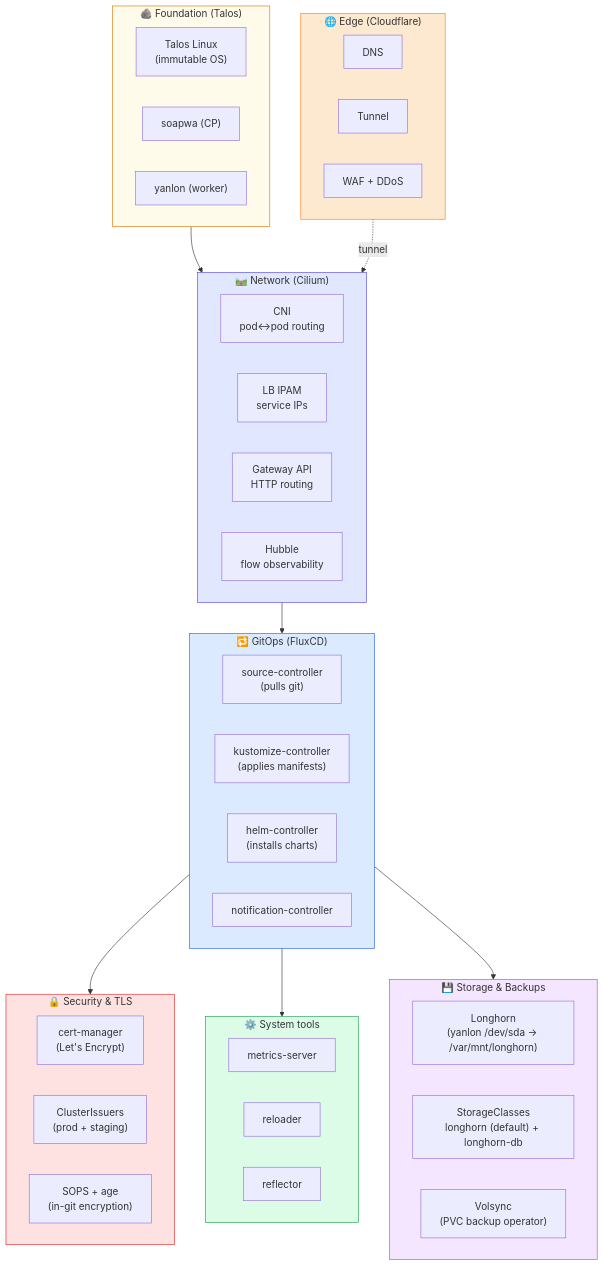
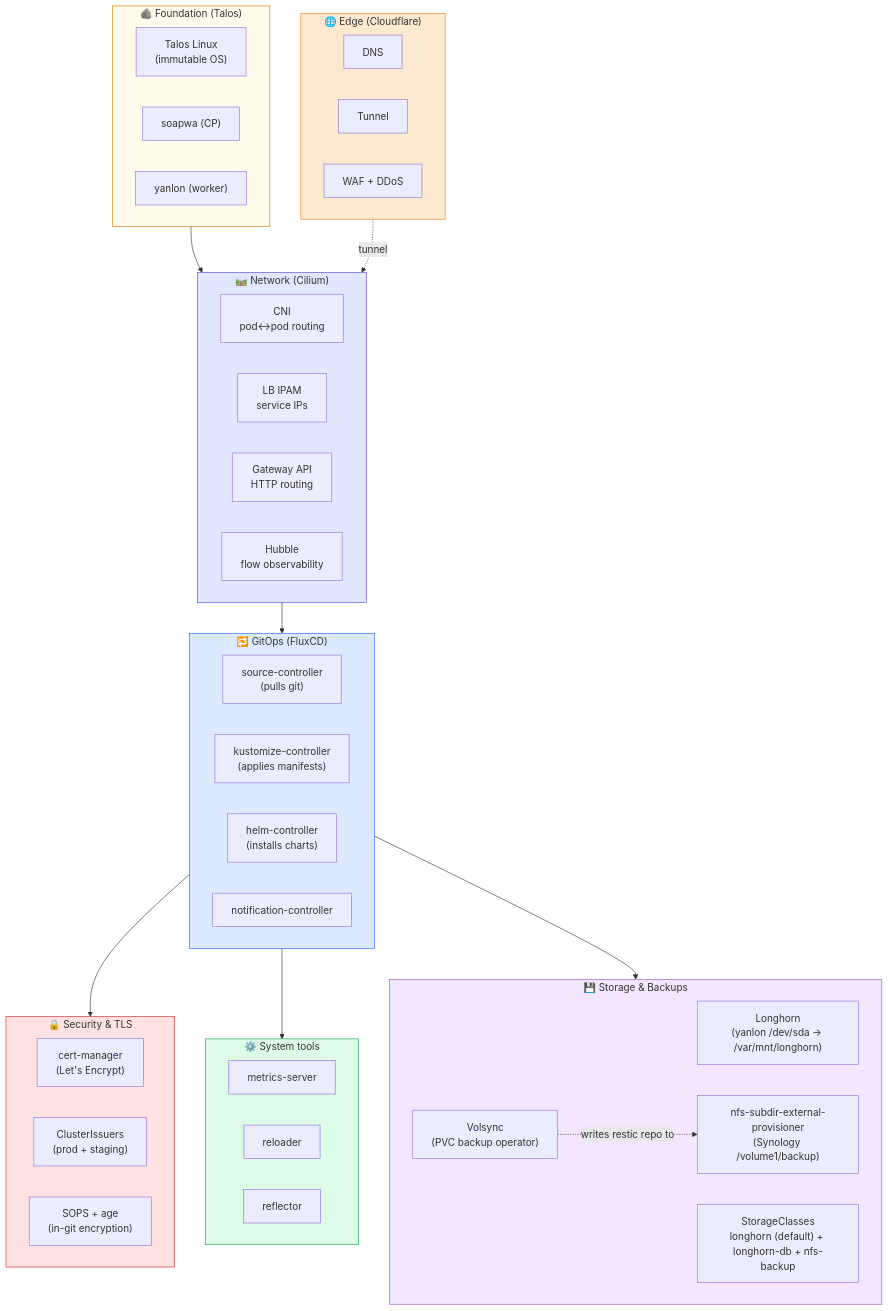
One commit to wajeht/home-ops changed the first of 5 diagrams in docs/architecture.md. Above: the diagram before and after it, drawn with Mermaid. The commit also changed other lines of this file and 13 other files, not shown here.

Commit message:
feat(storage): add nfs-backup storage provisioner

````diff
--- a/docs/architecture.md
+++ b/docs/architecture.md
@@ -17,61 +17,63 @@
 ```mermaid
 flowchart TB
     subgraph OS["🪨 Foundation (Talos)"]
         talos["Talos Linux<br/>(immutable OS)"]
         soapwa["soapwa (CP)"]
         yanlon["yanlon (worker)"]
     end
 
     subgraph NET["🛤️ Network (Cilium)"]
         cilium_cni["CNI<br/>pod↔pod routing"]
         cilium_lb["LB IPAM<br/>service IPs"]
         cilium_gw["Gateway API<br/>HTTP routing"]
         hubble["Hubble<br/>flow observability"]
     end
 
     subgraph GITOPS["🔁 GitOps (FluxCD)"]
         flux_src["source-controller<br/>(pulls git)"]
         flux_kust["kustomize-controller<br/>(applies manifests)"]
         flux_helm["helm-controller<br/>(installs charts)"]
         flux_notif["notification-controller"]
     end
 
     subgraph EDGE["🌐 Edge (Cloudflare)"]
         cf_dns["DNS"]
         cf_tunnel["Tunnel"]
         cf_waf["WAF + DDoS"]
     end
 
     subgraph SEC["🔒 Security & TLS"]
         certmgr["cert-manager<br/>(Let's Encrypt)"]
         clusterissuer["ClusterIssuers<br/>(prod + staging)"]
         sops["SOPS + age<br/>(in-git encryption)"]
     end
 
     subgraph SYS["⚙️ System tools"]
         metrics["metrics-server"]
         reloader["reloader"]
         reflector["reflector"]
     end
 
     subgraph STORAGE["💾 Storage & Backups"]
         longhorn["Longhorn<br/>(yanlon /dev/sda → /var/mnt/longhorn)"]
-        sc["StorageClasses<br/>longhorn (default) + longhorn-db"]
+        sc["StorageClasses<br/>longhorn (default) + longhorn-db + nfs-backup"]
+        nfsprov["nfs-subdir-external-provisioner<br/>(Synology /volume1/backup)"]
         volsync["Volsync<br/>(PVC backup operator)"]
+        volsync -.->|writes restic repo to| nfsprov
     end
 
     OS --> NET
     NET --> GITOPS
     GITOPS --> SEC
     GITOPS --> SYS
     GITOPS --> STORAGE
     EDGE -.->|tunnel| NET
 
     style OS fill:#fffbeb,stroke:#d97706
     style NET fill:#e0e7ff,stroke:#4f46e5
     style GITOPS fill:#dbeafe,stroke:#2563eb
     style EDGE fill:#fde8d0,stroke:#f6821f
     style SEC fill:#fee2e2,stroke:#dc2626
     style SYS fill:#dcfce7,stroke:#16a34a
     style STORAGE fill:#f5e6ff,stroke:#9b59b6
 ```
````
